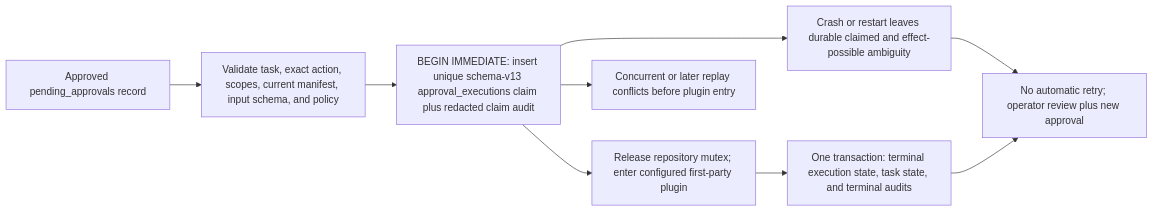
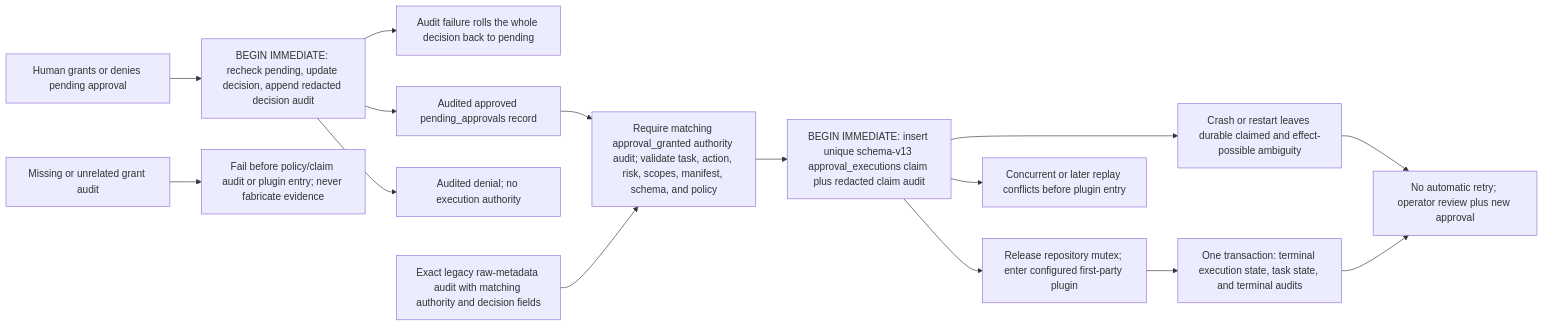
The first of 10 diagrams in docs/architecture-map.md (malak333/Assemblywright), drawn with Mermaid before and after one commit. The commit also changed other lines of this file and 12 other files, not shown here.

Commit message:
Make approval decisions and audit evidence atomic

````diff
--- a/docs/architecture-map.md
+++ b/docs/architecture-map.md
@@ -7,11 +7,17 @@
 ```mermaid
 flowchart LR
-  A["Approved pending_approvals record"] --> V["Validate task, exact action, scopes, current manifest, input schema, and policy"]
+  H["Human grants or denies pending approval"] --> DT["BEGIN IMMEDIATE: recheck pending, update decision, append redacted decision audit"]
+  DT --> RB["Audit failure rolls the whole decision back to pending"]
+  DT --> A["Audited approved pending_approvals record"]
+  DT --> DN["Audited denial; no execution authority"]
+  A --> V["Require matching approval_granted authority audit; validate task, action, risk, scopes, manifest, schema, and policy"]
+  LA["Exact legacy raw-metadata audit with matching authority and decision fields"] --> V
+  M["Missing or unrelated grant audit"] --> F["Fail before policy/claim audit or plugin entry; never fabricate evidence"]
   V --> C["BEGIN IMMEDIATE: insert unique schema-v13 approval_executions claim plus redacted claim audit"]
   C --> P["Release repository mutex; enter configured first-party plugin"]
   P --> T["One transaction: terminal execution state, task state, and terminal audits"]
   C --> D["Concurrent or later replay conflicts before plugin entry"]
   C --> X["Crash or restart leaves durable claimed and effect-possible ambiguity"]
   X --> N["No automatic retry; operator review plus new approval"]
   T --> N
 ```
````
